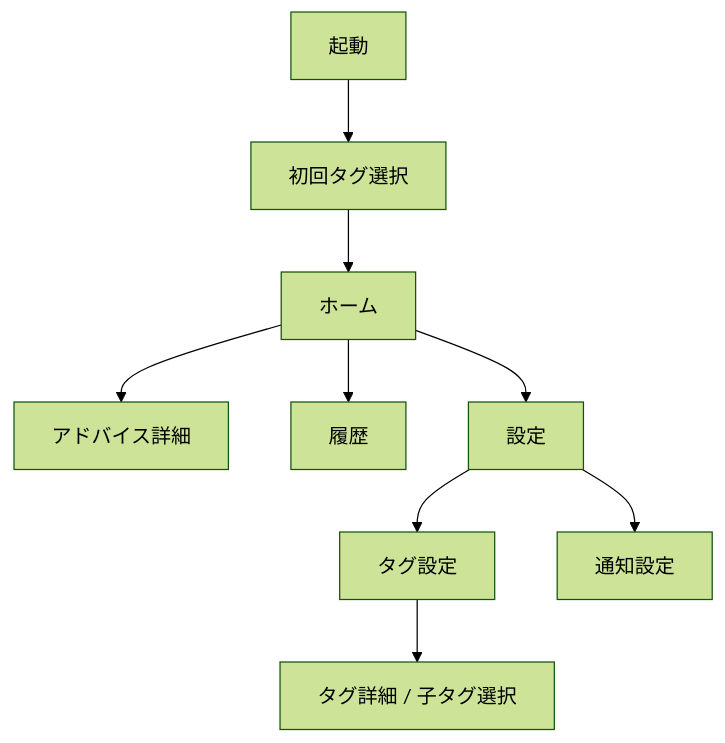
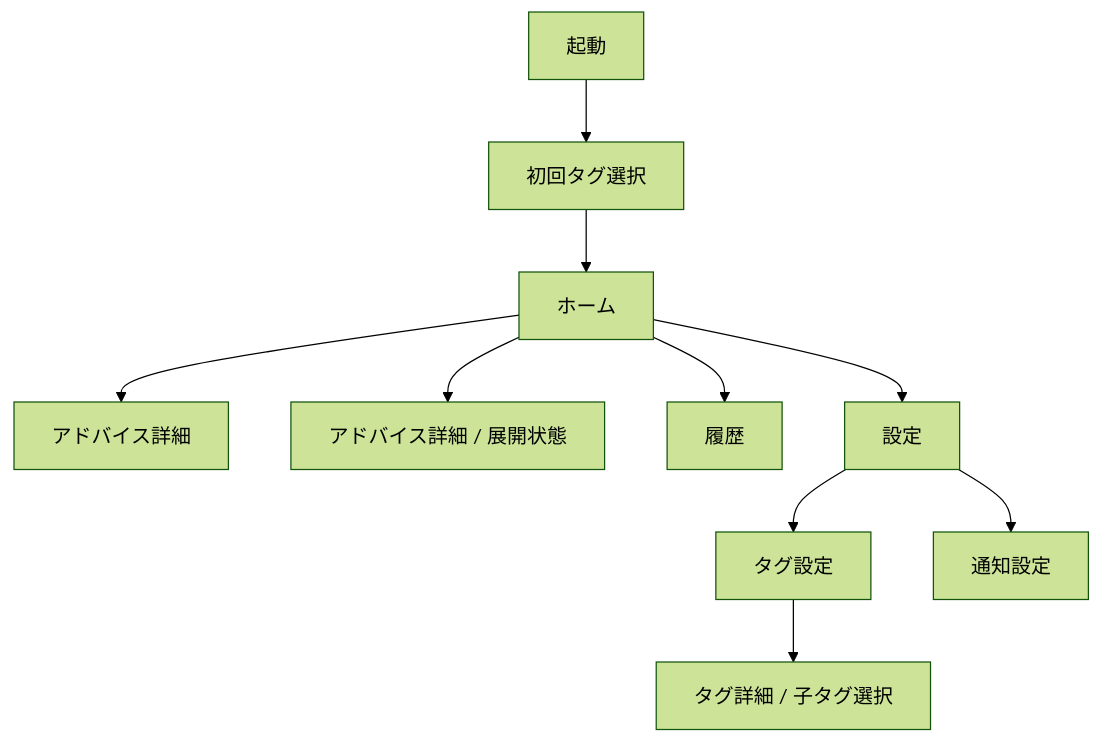
The first of 2 diagrams in wireframe_basic_design.md (tokyo-plus/tokyo-plus-spec), drawn with Mermaid (forest theme) before and after one commit. The commit also changed other lines of this file, not shown here.

````diff
--- a/wireframe_basic_design.md
+++ b/wireframe_basic_design.md
@@ -13,11 +13,12 @@
 ```mermaid
 flowchart TD
   A[起動] --> B[初回タグ選択]
   B --> C[ホーム]
   C --> D[アドバイス詳細]
+  C --> D2[アドバイス詳細 / 展開状態]
   C --> E[履歴]
   C --> F[設定]
   F --> G[タグ設定]
   F --> H[通知設定]
   G --> I[タグ詳細 / 子タグ選択]
 ```
````
